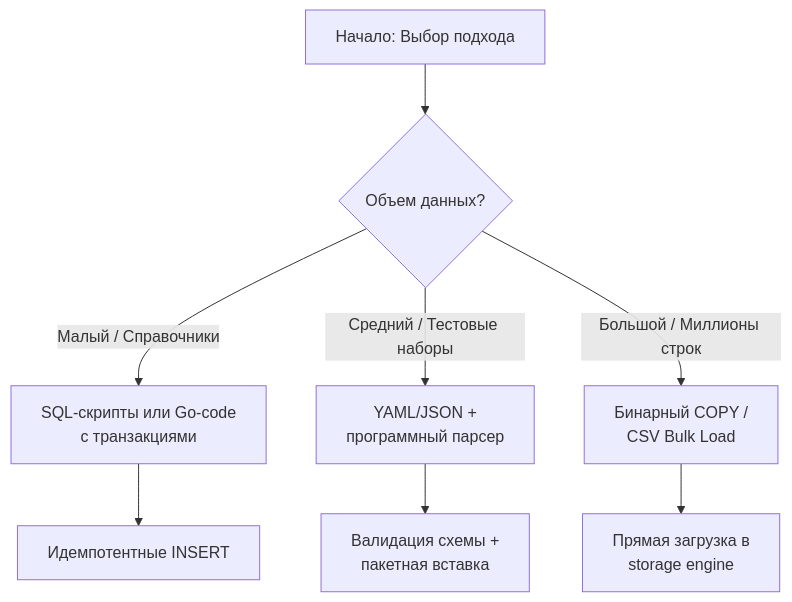
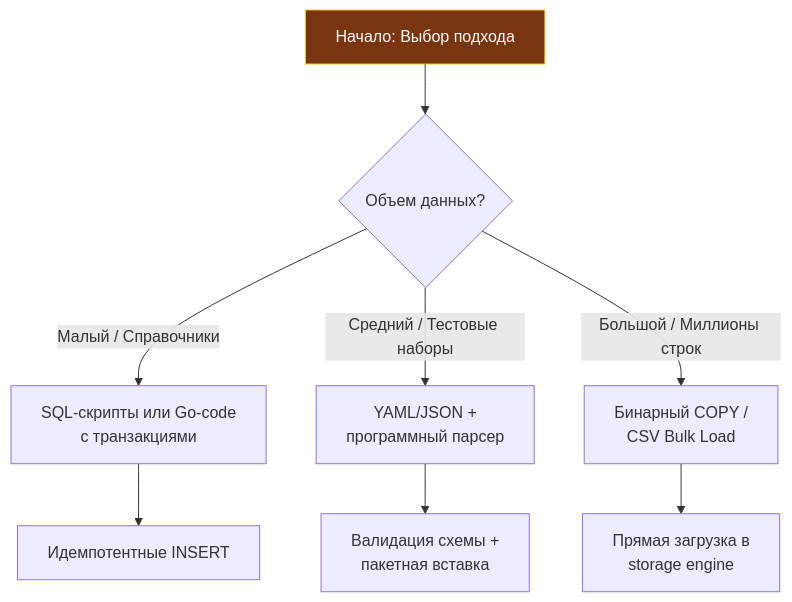
One commit to UnrealTemplier/go-textbook changed the first of 2 diagrams in sources/12. Базы данных/10. Практика и архитектура/6. Seed данные.md. Above: the diagram before and after it, drawn with Mermaid. The commit also changed other lines of this file and 1666 other files, not shown here.

First line of the commit message:
feat(mermaid): add semantic color classDef to 1369 colorless flowchart/graph diagrams

````diff
--- a/sources/12. Базы данных/10. Практика и архитектура/6. Seed данные.md
+++ b/sources/12. Базы данных/10. Практика и архитектура/6. Seed данные.md
@@ -26,11 +26,21 @@
 ```mermaid
 flowchart TD
-    A["Начало: Выбор подхода"] --> B{"Объем данных?"}
+    classDef process  fill:#1e293b,stroke:#38bdf8,stroke-width:1px,color:#f8fafc
+    classDef success  fill:#064e3b,stroke:#34d399,stroke-width:1px,color:#f8fafc
+    classDef error    fill:#7f1d1d,stroke:#f87171,stroke-width:1px,color:#f8fafc
+    classDef warning  fill:#78350f,stroke:#fbbf24,stroke-width:1px,color:#f8fafc
+    classDef entry    fill:#1e3a5f,stroke:#38bdf8,stroke-width:2px,color:#f8fafc
+    classDef aux      fill:#334155,stroke:#64748b,stroke-width:1px,color:#f8fafc
+    classDef system   fill:#312e81,stroke:#a78bfa,stroke-width:1px,color:#f8fafc
+    classDef data     fill:#132d29,stroke:#2dd4bf,stroke-width:1px,color:#f8fafc
+    classDef network  fill:#881337,stroke:#fb7185,stroke-width:1px,color:#f8fafc
+    classDef accent   fill:#1e1b4b,stroke:#818cf8,stroke-width:1px,color:#f8fafc
+    A["Начало: Выбор подхода"]:::warning --> B{"Объем данных?"}
     B -- "Малый / Справочники" --> C["SQL-скрипты или Go-code<br>с транзакциями"]
     B -- "Средний / Тестовые наборы" --> D["YAML/JSON +<br>программный парсер"]
     B -- "Большой / Миллионы строк" --> E["Бинарный COPY /<br>CSV Bulk Load"]
     
     C --> F["Идемпотентные INSERT"]
     D --> G["Валидация схемы +<br>пакетная вставка"]
     E --> H["Прямая загрузка в<br>storage engine"]
 ```
````
